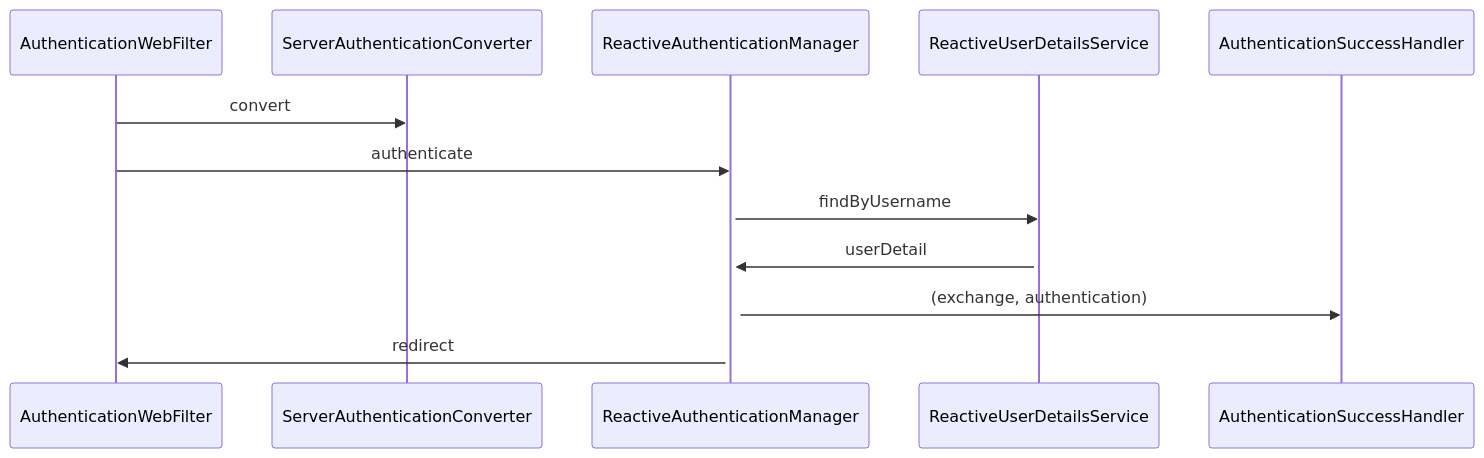
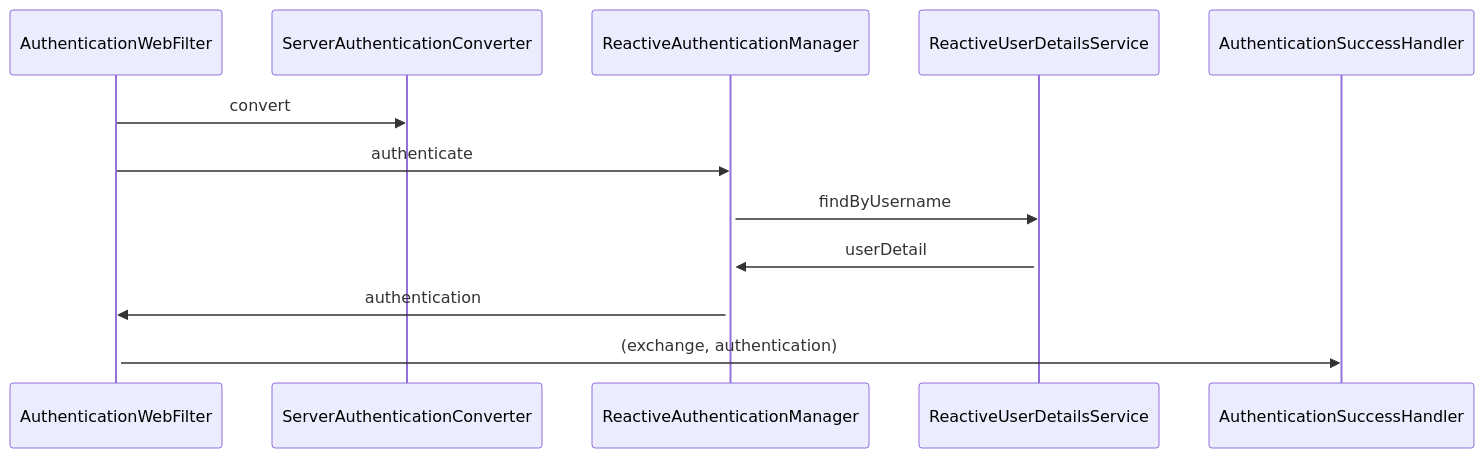
The diagram in README.md (franktylerva/reactive-security), drawn with Mermaid before and after one commit.

Commit message:
Update sequence diagram.

````diff
--- a/README.md
+++ b/README.md
@@ -5,13 +5,14 @@
 ```mermaid
 sequenceDiagram
     AuthenticationWebFilter->>ServerAuthenticationConverter: convert
     activate ServerAuthenticationConverter
     AuthenticationWebFilter->>ReactiveAuthenticationManager: authenticate
     activate ReactiveAuthenticationManager
     ReactiveAuthenticationManager->>ReactiveUserDetailsService: findByUsername
     activate ReactiveUserDetailsService
     ReactiveUserDetailsService->>ReactiveAuthenticationManager: userDetail
     activate ReactiveAuthenticationManager
-    ReactiveAuthenticationManager->>AuthenticationSuccessHandler: (exchange, authentication)
-    ReactiveAuthenticationManager->>AuthenticationWebFilter: redirect
+    ReactiveAuthenticationManager->>AuthenticationWebFilter: authentication
+    activate AuthenticationWebFilter
+    AuthenticationWebFilter->>AuthenticationSuccessHandler: (exchange, authentication)
 ```
````
